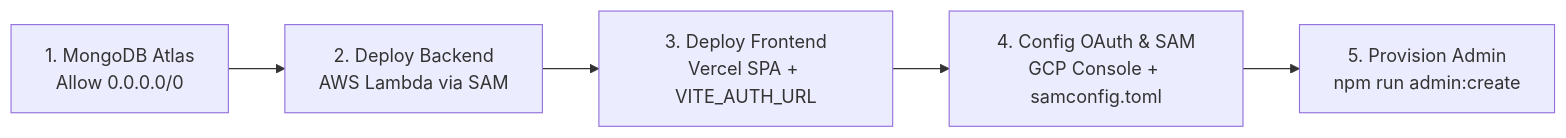
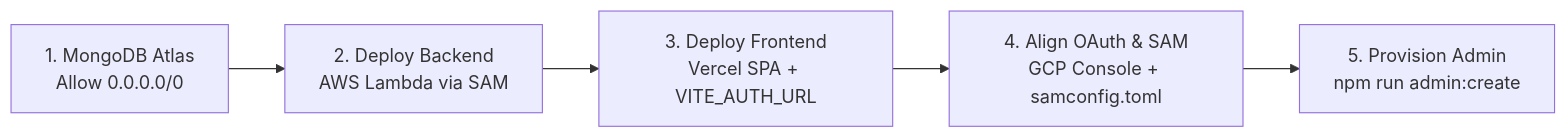
The second of 2 diagrams in README.md (SGOD-pro/OAuth2.1), drawn with Mermaid before and after one commit. The commit also changed other lines of this file and 18 other files, not shown here.

````diff
--- a/README.md
+++ b/README.md
@@ -13,7 +64,7 @@
 ```mermaid
 flowchart LR
     A[1. MongoDB Atlas<br/>Allow 0.0.0.0/0] --> B[2. Deploy Backend<br/>AWS Lambda via SAM]
     B --> C[3. Deploy Frontend<br/>Vercel SPA + VITE_AUTH_URL]
-    C --> D[4. Config OAuth & SAM<br/>GCP Console + samconfig.toml]
+    C --> D[4. Align OAuth & SAM<br/>GCP Console + samconfig.toml]
     D --> E[5. Provision Admin<br/>npm run admin:create]
 ```
````
